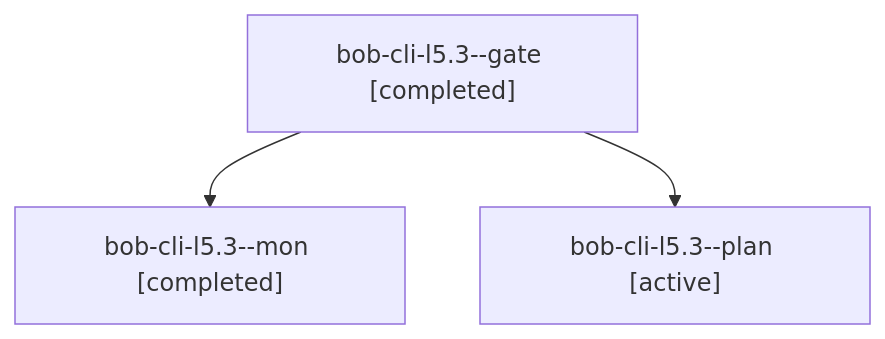
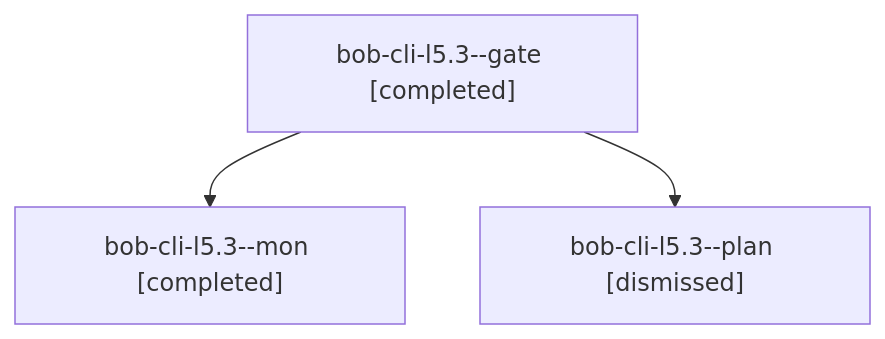
One commit to bobs-org/bob-cli--agents changed the diagram in sessions/bbugyi200.athena.bob-cli-l5.3.md. Above: the diagram before and after it, drawn with Mermaid. The commit also changed other lines of this file and 116 other files, not shown here.

````diff
--- a/sessions/bbugyi200.athena.bob-cli-l5.3.md
+++ b/sessions/bbugyi200.athena.bob-cli-l5.3.md
@@ -9,8 +9,8 @@
 ```mermaid
 flowchart TD
   n0["bob-cli-l5.3--gate [completed]"]
   n1["bob-cli-l5.3--mon [completed]"]
   n0 --> n1
-  n2["bob-cli-l5.3--plan [active]"]
+  n2["bob-cli-l5.3--plan [dismissed]"]
   n0 --> n2
 ```
````
